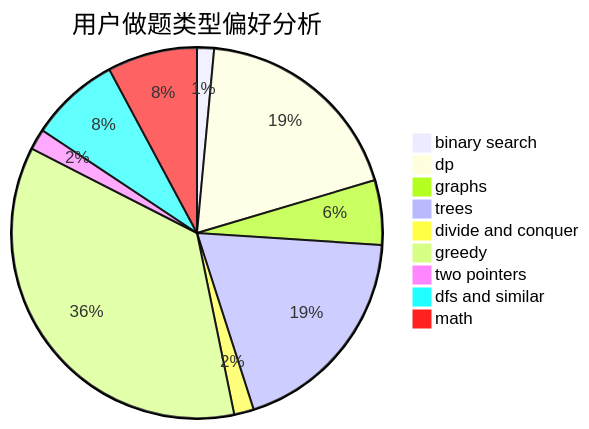
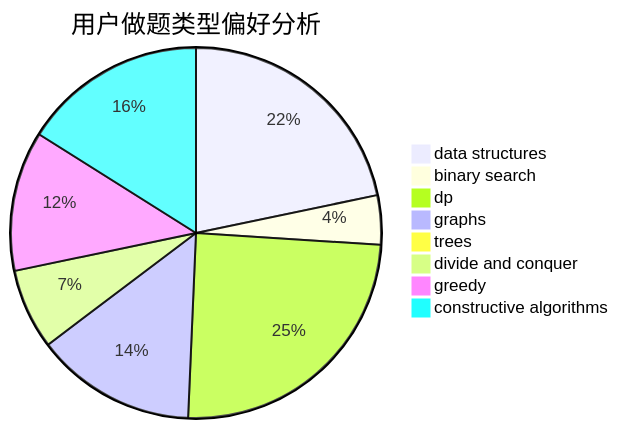
The second of 3 diagrams in docs/user/u624.md (sherpahu/cfrs.github.io), drawn with Mermaid before and after one commit. The commit also changed other lines of this file and 2775 other files, not shown here.

````diff
--- a/docs/user/u624.md
+++ b/docs/user/u624.md
@@ -23,12 +23,11 @@
 ```mermaid
 pie title 用户做题类型偏好分析
-    "binary search" :  31
-    "dp" :  396
-    "graphs" :  118
-    "trees" :  398
-    "divide and conquer" :  36
-    "greedy" :  748
-    "two pointers" :  38
-    "dfs and similar" :  164
-    "math" :  164
+    "data structures" :  96
+    "binary search" :  19
+    "dp" :  109
+    "graphs" :  62
+    "trees" :  1
+    "divide and conquer" :  31
+    "greedy" :  54
+    "constructive algorithms" :  71
 ```
````
